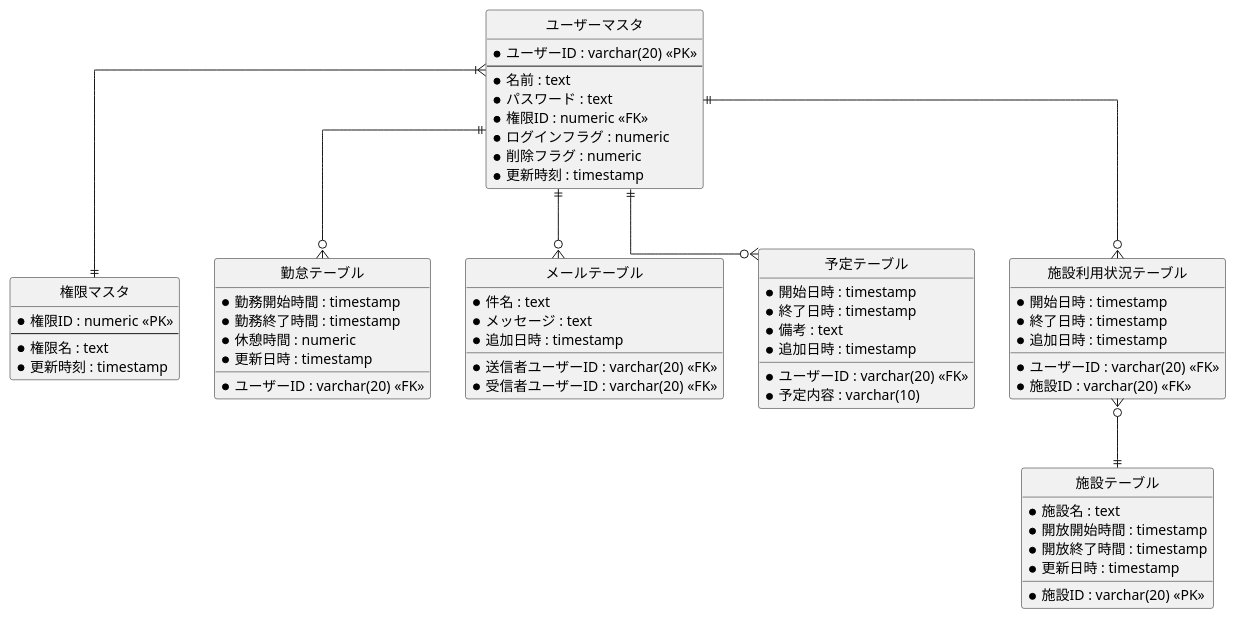
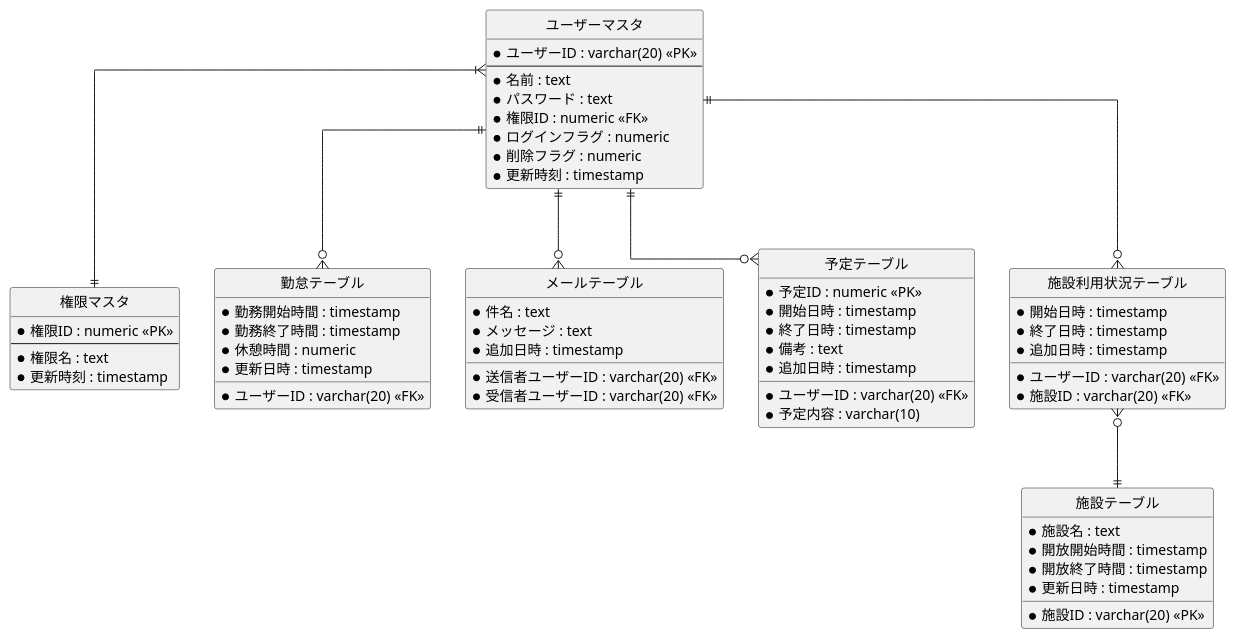
Before and after one commit to R-SAIKI/practiceUML: the diagram in ER図/ER図.pu, drawn with PlantUML. The commit also changed 7 other files, not shown here.

```diff
--- a/ER図/ER図.pu
+++ b/ER図/ER図.pu
@@ -1,75 +1,76 @@
 @startuml
 
 ' hide the spot
 hide circle
 
 ' avoid problems with angled crows feet
 skinparam linetype ortho
 
 entity "ユーザーマスタ" as user {
   *ユーザーID : varchar(20) <<PK>>
   --
   *名前 : text
   *パスワード : text
   *権限ID : numeric <<FK>>
   *ログインフラグ : numeric
   *削除フラグ : numeric
   *更新時刻 : timestamp
 }
 
 entity "権限マスタ" as auth {
   *権限ID : numeric <<PK>> 
   --
   *権限名 : text
   *更新時刻 : timestamp
 }
 
 entity "勤怠テーブル" as attend {
   *ユーザーID : varchar(20) <<FK>>
   *勤務開始時間 : timestamp
   *勤務終了時間 : timestamp 
   *休憩時間 : numeric
   *更新日時 : timestamp
 }
 
 entity "メールテーブル" as mail {
   *送信者ユーザーID : varchar(20) <<FK>>
   *受信者ユーザーID : varchar(20) <<FK>>
   *件名 : text
   *メッセージ : text
   *追加日時 : timestamp
 }
 
 entity "予定テーブル" as plan {
+  *予定ID : numeric <<PK>>
   *ユーザーID : varchar(20) <<FK>>
   *予定内容 : varchar(10)
   *開始日時 : timestamp
   *終了日時 : timestamp 
   *備考 : text
   *追加日時 : timestamp
 }
 
 entity "施設テーブル" as meeting {
   *施設ID : varchar(20) <<PK>>
   *施設名 : text 
   *開放開始時間 : timestamp
   *開放終了時間 : timestamp
   *更新日時 : timestamp
 }
 
 entity "施設利用状況テーブル" as use {
   *ユーザーID : varchar(20) <<FK>>
   *施設ID : varchar(20) <<FK>>
   *開始日時 : timestamp
   *終了日時 : timestamp 
   *追加日時 : timestamp
 }
 
 user }|--|| auth
 user ||--o{ attend
 user ||--o{ mail
 user ||--o{ plan
 user ||--o{ use
 use }o--|| meeting
 
 @enduml
```
